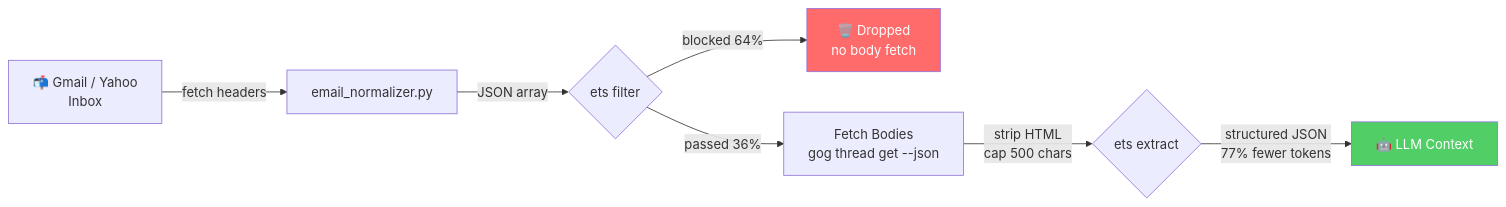
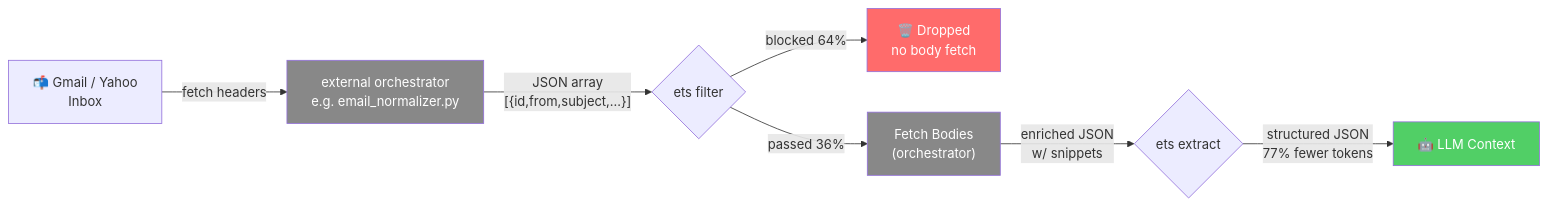
Before and after one commit to awsoft/ets: the first of 2 diagrams in README.md, drawn with Mermaid.

Commit message:
docs: clarify pipeline diagram - external orchestrator vs ETS binary

````diff
--- a/README.md
+++ b/README.md
@@ -536,12 +536,14 @@
 ```mermaid
 flowchart LR
-    A[📬 Gmail / Yahoo\nInbox] -->|fetch headers| B[email_normalizer.py]
-    B -->|JSON array| C{ets filter}
+    A[📬 Gmail / Yahoo\nInbox] -->|fetch headers| B["external orchestrator\ne.g. email_normalizer.py"]
+    B -->|"JSON array\n[{id,from,subject,...}]"| C{ets filter}
     C -->|blocked 64%| D[🗑️ Dropped\nno body fetch]
-    C -->|passed 36%| E[Fetch Bodies\ngog thread get --json]
-    E -->|strip HTML\ncap 500 chars| F{ets extract}
-    F -->|structured JSON\n77% fewer tokens| G[🤖 LLM Context]
+    C -->|passed 36%| E["Fetch Bodies\n(orchestrator)"]
+    E -->|"enriched JSON\nw/ snippets"| F{ets extract}
+    F -->|"structured JSON\n77% fewer tokens"| G[🤖 LLM Context]
 
+    style B fill:#888,color:#fff
+    style E fill:#888,color:#fff
     style D fill:#ff6b6b,color:#fff
     style G fill:#51cf66,color:#fff
 ```
````
